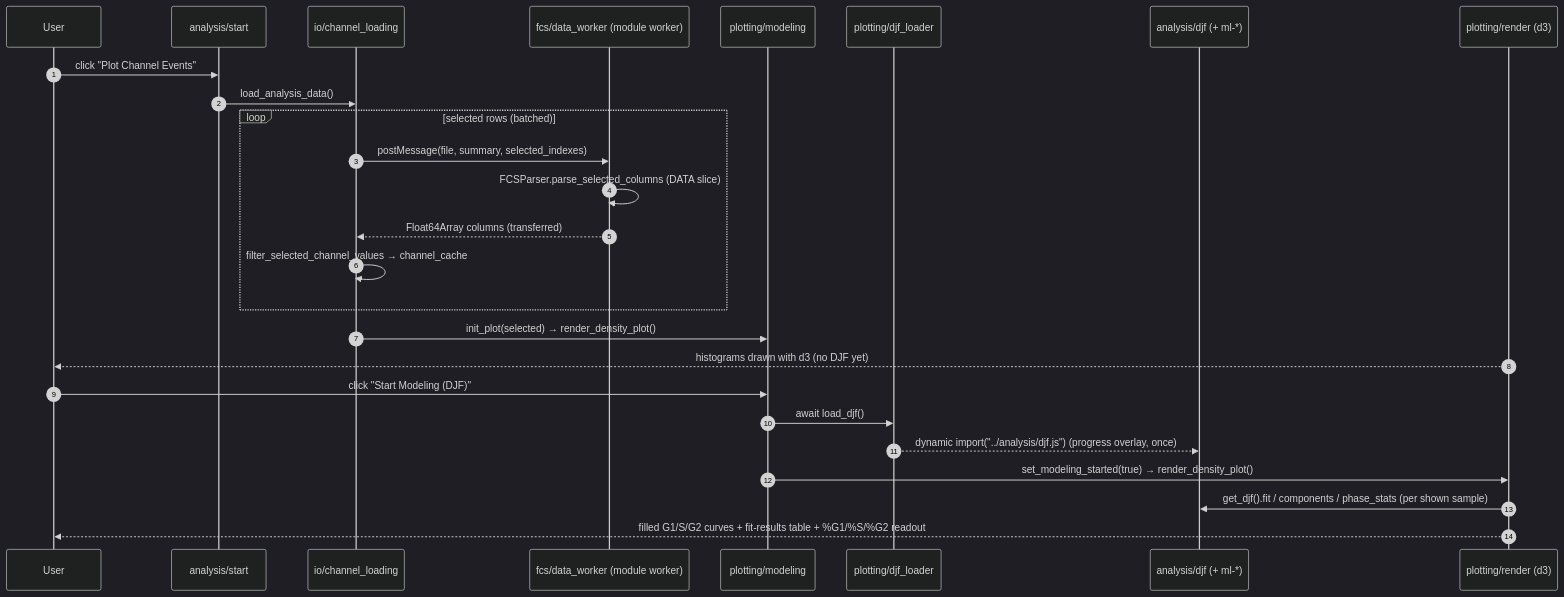
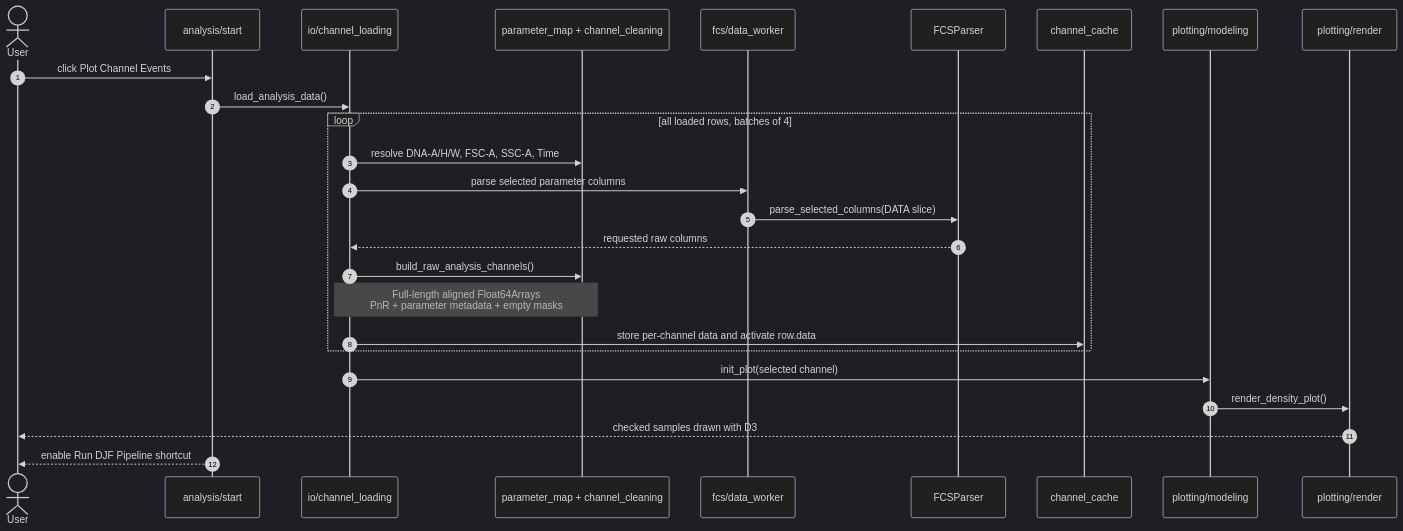
The fifth of 9 diagrams in docs/code-flow-diagrams.md (Latent-Lens/PhaseFinder), drawn with Mermaid (dark theme) before and after one commit. The commit also changed other lines of this file and 5 other files, not shown here.

Commit message:
Refresh interactive architecture diagrams

````diff
--- a/docs/code-flow-diagrams.md
+++ b/docs/code-flow-diagrams.md
@@ -203,29 +215,29 @@
 ```mermaid
 sequenceDiagram
   autonumber
-  participant U as User
-  participant ST as analysis/start
-  participant CL as io/channel_loading
-  participant W as fcs/data_worker (module worker)
-  participant MOD as plotting/modeling
-  participant LOADER as plotting/djf_loader
-  participant DJF as analysis/djf (+ ml-*)
-  participant REND as plotting/render (d3)
+  actor U as User
+  participant START as analysis/start
+  participant IO as io/channel_loading
+  participant MAP as parameter_map + channel_cleaning
+  participant WORKER as fcs/data_worker
+  participant PARSER as FCSParser
+  participant CACHE as channel_cache
+  participant MODEL as plotting/modeling
+  participant RENDER as plotting/render
 
-  U->>ST: click "Plot Channel Events"
-  ST->>CL: load_analysis_data()
-  loop selected rows (batched)
-    CL->>W: postMessage(file, summary, selected_indexes)
-    W->>W: FCSParser.parse_selected_columns (DATA slice)
-    W-->>CL: Float64Array columns (transferred)
-    CL->>CL: filter_selected_channel_values → channel_cache
+  U->>START: click Plot Channel Events
+  START->>IO: load_analysis_data()
+  loop all loaded rows, batches of 4
+    IO->>MAP: resolve DNA-A/H/W, FSC-A, SSC-A, Time
+    IO->>WORKER: parse selected parameter columns
+    WORKER->>PARSER: parse_selected_columns(DATA slice)
+    PARSER-->>IO: requested raw columns
+    IO->>MAP: build_raw_analysis_channels()
+    Note over IO,MAP: Full-length aligned Float64Arrays<br/>PnR + parameter metadata + empty masks
+    IO->>CACHE: store per-channel data and activate row.data
   end
-  CL->>MOD: init_plot(selected) → render_density_plot()
-  REND-->>U: histograms drawn with d3 (no DJF yet)
-  U->>MOD: click "Start Modeling (DJF)"
-  MOD->>LOADER: await load_djf()
-  LOADER-->>DJF: dynamic import("../analysis/djf.js") (progress overlay, once)
-  MOD->>REND: set_modeling_started(true) → render_density_plot()
-  REND->>DJF: get_djf().fit / components / phase_stats (per shown sample)
-  REND-->>U: filled G1/S/G2 curves + fit-results table + %G1/%S/%G2 readout
+  IO->>MODEL: init_plot(selected channel)
+  MODEL->>RENDER: render_density_plot()
+  RENDER-->>U: checked samples drawn with D3
+  START-->>U: enable Run DJF Pipeline shortcut
 ```
````
